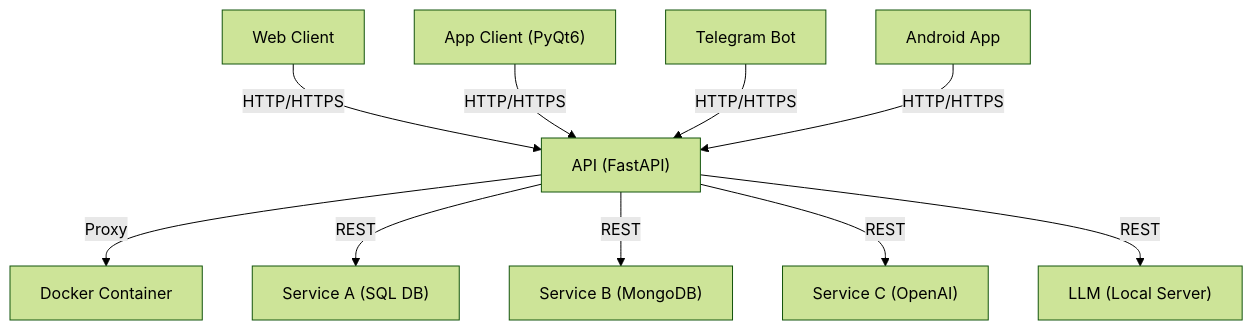
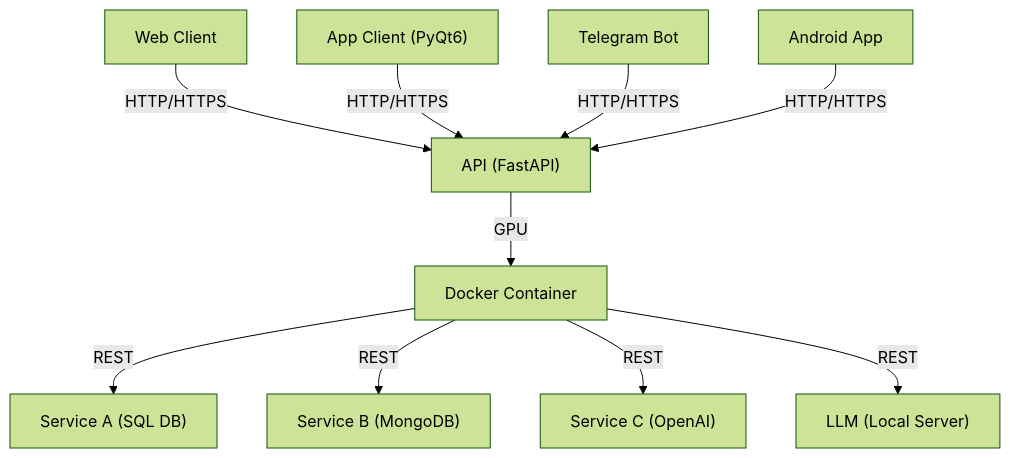
The fourth of 4 diagrams in docs/README.md (musicnova/KIA-chatGPT), drawn with Mermaid (forest theme) before and after one commit. The commit also changed other lines of this file, not shown here.

````diff
--- a/docs/README.md
+++ b/docs/README.md
@@ -90,14 +90,14 @@
 ```mermaid
 graph TD
     WebClient["Web Client"] -->|HTTP/HTTPS| API
     AppClient["App Client (PyQt6)"] -->|HTTP/HTTPS| API
     TgBot["Telegram Bot"] -->|HTTP/HTTPS| API
     AndroidClient["Android App "] -->|HTTP/HTTPS| API
 
-    API["API (FastAPI)"] -->|Proxy| Docker["Docker Container"]
+    API["API (FastAPI)"] -->|GPU| Docker["Docker Container"]
 
-    API -->|REST| SQLService["Service A (SQL DB)"]
-    API -->|REST| MongoService["Service B (MongoDB)"]
-    API -->|REST| OpenAIService["Service C (OpenAI)"]
-    API -->|REST| LocalLLM["LLM (Local Server)"]
+    Docker -->|REST| SQLService["Service A (SQL DB)"]
+    Docker -->|REST| MongoService["Service B (MongoDB)"]
+    Docker -->|REST| OpenAIService["Service C (OpenAI)"]
+    Docker -->|REST| LocalLLM["LLM (Local Server)"]
 ```
````
